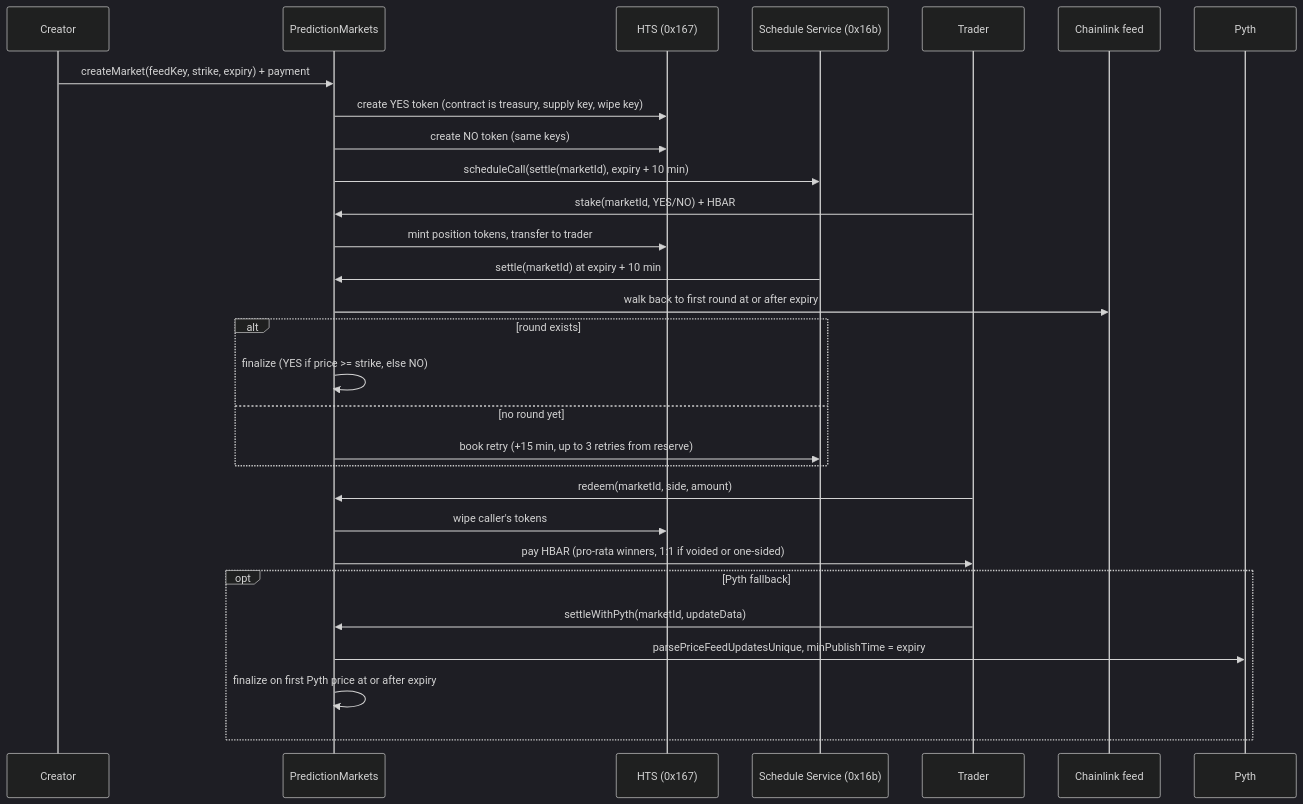
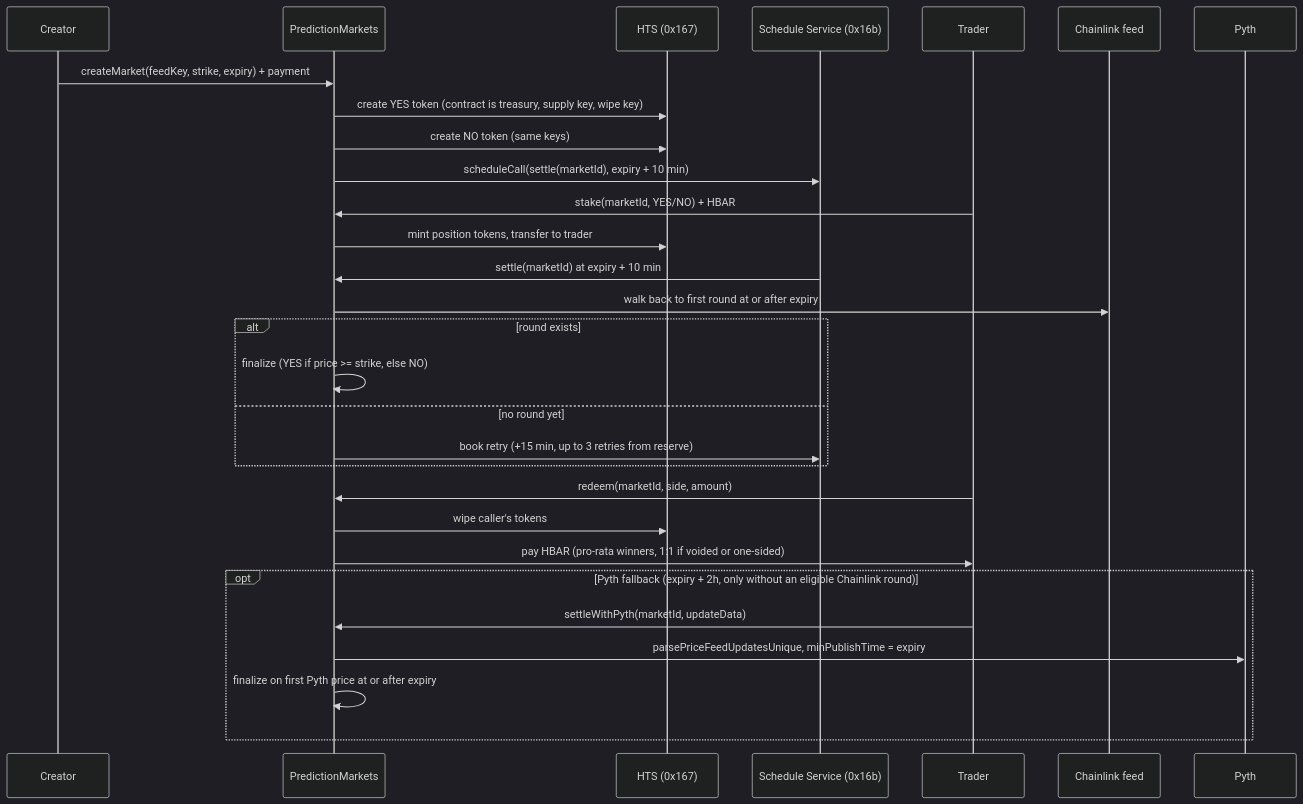
Before and after one commit to superhbar/prediction-market: the diagram in README.md, drawn with Mermaid (dark theme). The commit also changed other lines of this file and 2 other files, not shown here.

First line of the commit message:
docs: describe proven-first settlement, Chainlink precedence and the holdback

````diff
--- a/README.md
+++ b/README.md
@@ -88,32 +88,32 @@
 ```mermaid
 sequenceDiagram
     participant Creator
     participant PM as PredictionMarkets
     participant HTS as HTS (0x167)
     participant HSS as Schedule Service (0x16b)
     participant Trader
     participant CL as Chainlink feed
     participant Pyth
 
     Creator->>PM: createMarket(feedKey, strike, expiry) + payment
     PM->>HTS: create YES token (contract is treasury, supply key, wipe key)
     PM->>HTS: create NO token (same keys)
     PM->>HSS: scheduleCall(settle(marketId), expiry + 10 min)
     Trader->>PM: stake(marketId, YES/NO) + HBAR
     PM->>HTS: mint position tokens, transfer to trader
     HSS->>PM: settle(marketId) at expiry + 10 min
     PM->>CL: walk back to first round at or after expiry
     alt round exists
         PM->>PM: finalize (YES if price >= strike, else NO)
     else no round yet
         PM->>HSS: book retry (+15 min, up to 3 retries from reserve)
     end
     Trader->>PM: redeem(marketId, side, amount)
     PM->>HTS: wipe caller's tokens
     PM->>Trader: pay HBAR (pro-rata winners, 1:1 if voided or one-sided)
-    opt Pyth fallback
+    opt Pyth fallback (expiry + 2h, only without an eligible Chainlink round)
         Trader->>PM: settleWithPyth(marketId, updateData)
         PM->>Pyth: parsePriceFeedUpdatesUnique, minPublishTime = expiry
         PM->>PM: finalize on first Pyth price at or after expiry
     end
 ```
````
